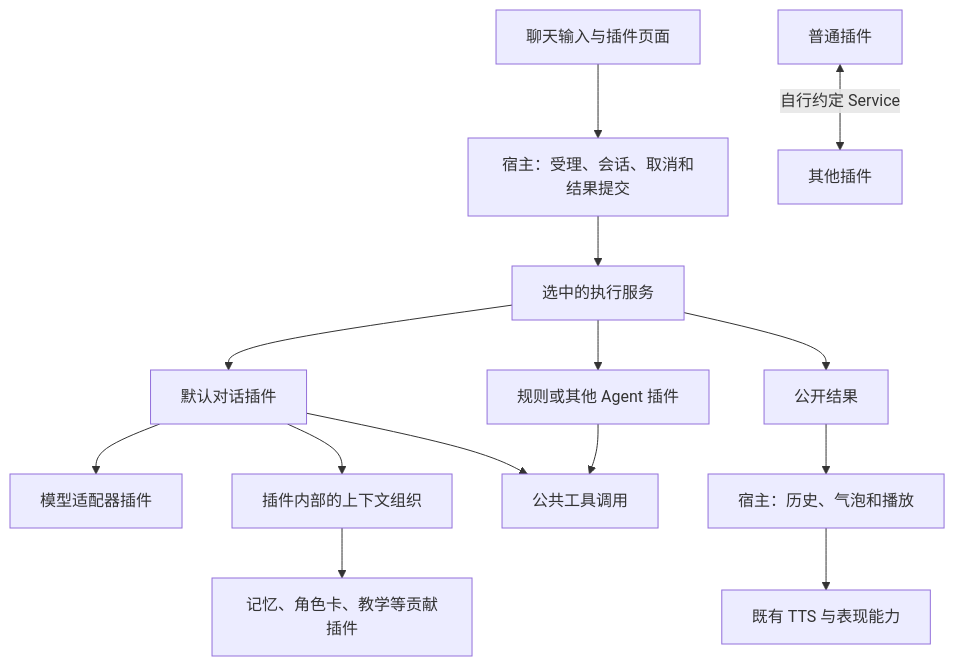
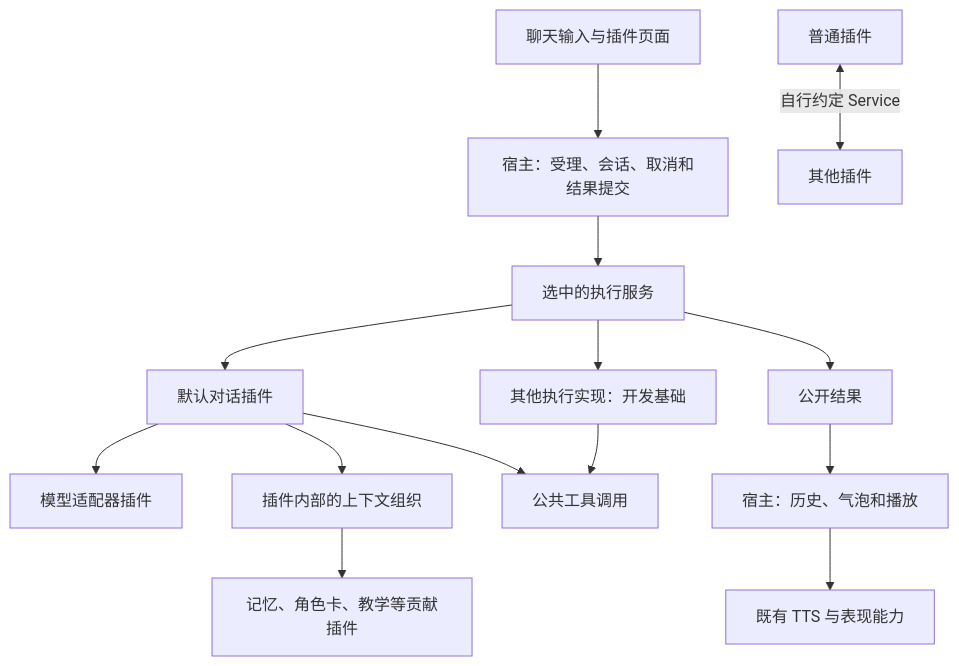
The diagram in docs/plans/runtime-v2/open-plugin-ecosystem.md (Rvosy/Sakura), drawn with Mermaid before and after one commit. The commit also changed other lines of this file and 30 other files, not shown here.

````diff
--- a/docs/plans/runtime-v2/open-plugin-ecosystem.md
+++ b/docs/plans/runtime-v2/open-plugin-ecosystem.md
@@ -88,16 +92,16 @@
 ```mermaid
 flowchart TD
     UI[聊天输入与插件页面] --> Host[宿主：受理、会话、取消和结果提交]
     Host --> Selected[选中的执行服务]
     Selected --> Default[默认对话插件]
-    Selected --> Other[规则或其他 Agent 插件]
+    Selected --> Other[其他执行实现：开发基础]
     Default --> Model[模型适配器插件]
     Default --> Context[插件内部的上下文组织]
     Context --> Contributors[记忆、角色卡、教学等贡献插件]
     Default --> Tools[公共工具调用]
     Other --> Tools
     Selected --> Result[公开结果]
     Result --> Delivery[宿主：历史、气泡和播放]
     Delivery --> Output[既有 TTS 与表现能力]
     Plugins[普通插件] <-->|自行约定 Service| Peers[其他插件]
 ```
````
